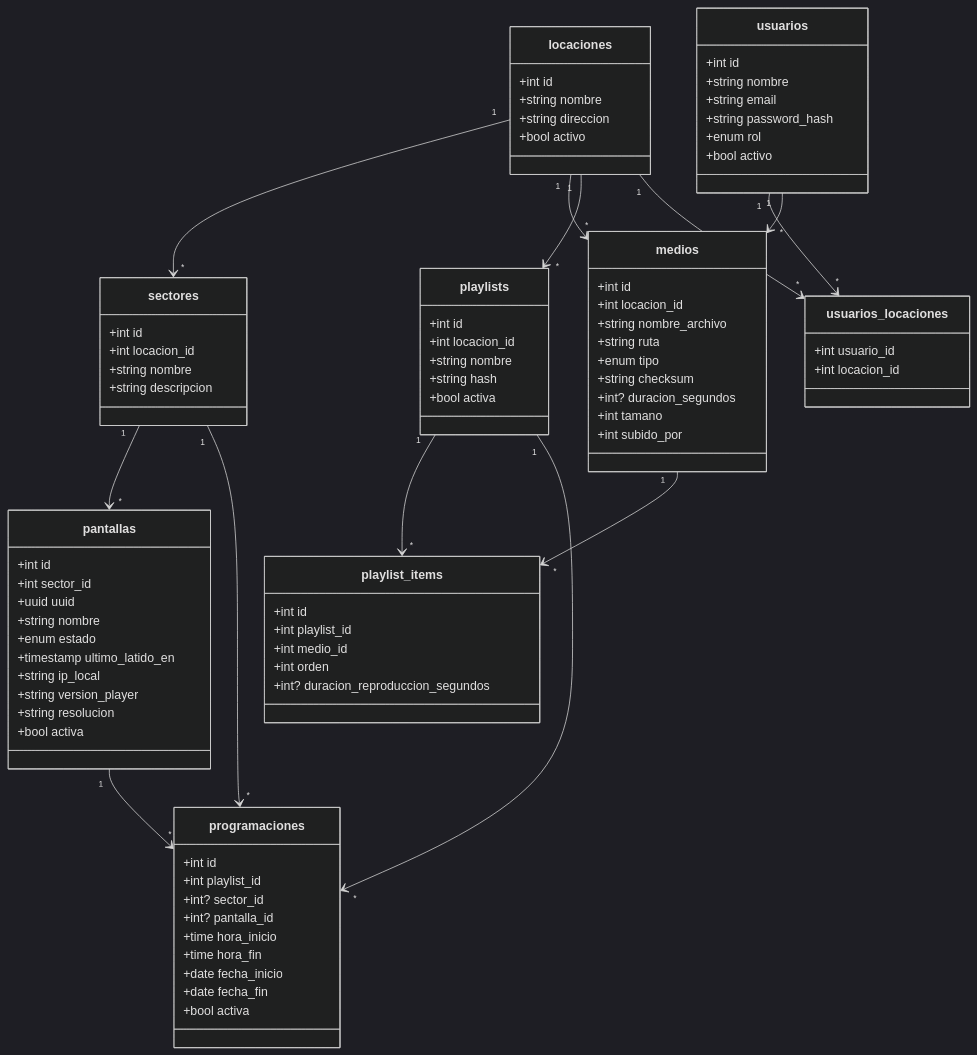
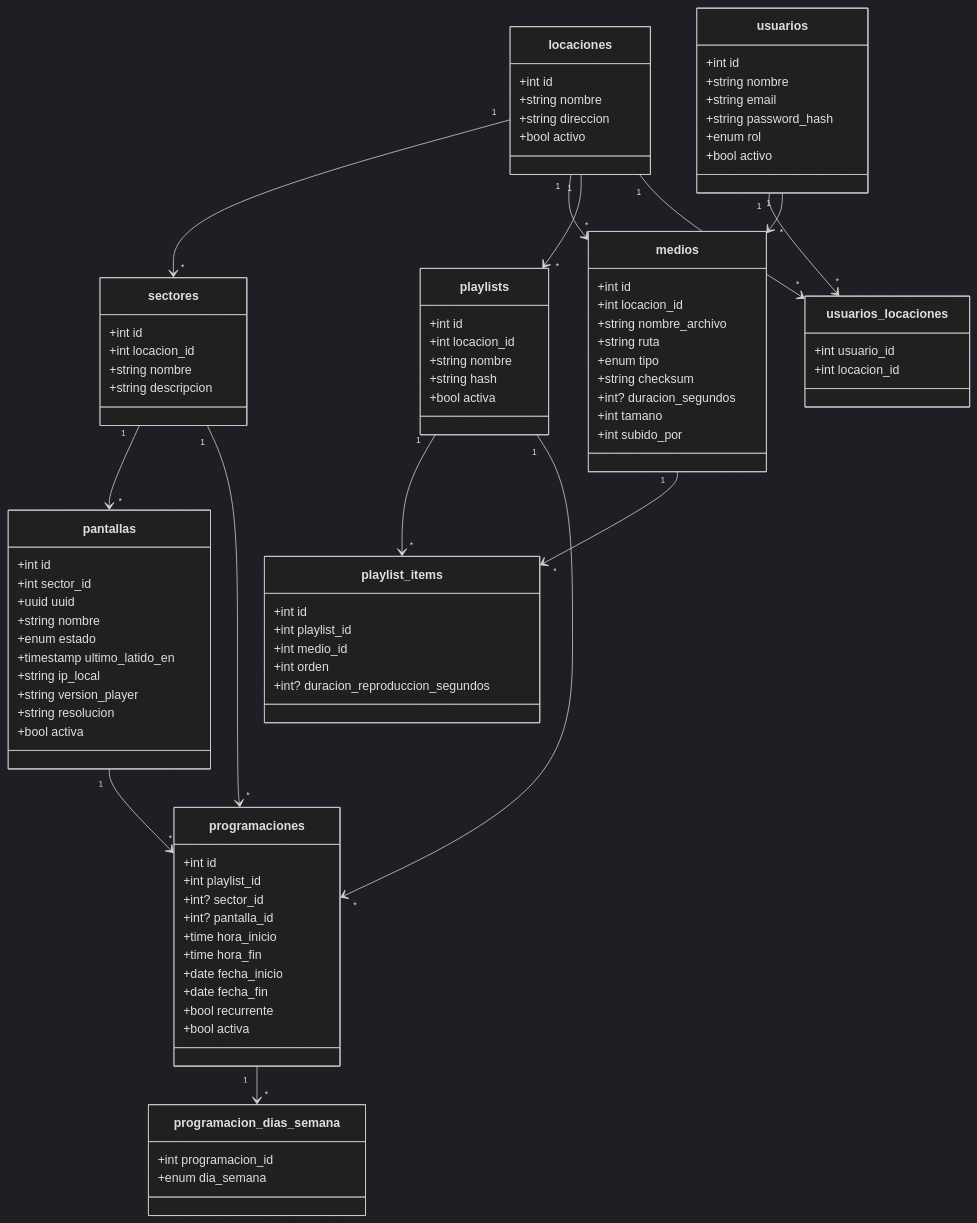
One commit to tomiloki/ACE changed the diagram in Documentación/Producto/Modelo de datos.md. Above: the diagram before and after it, drawn with Mermaid (dark theme). The commit also changed other lines of this file and 1 other file, not shown here.

````diff
--- a/Documentación/Producto/Modelo de datos.md
+++ b/Documentación/Producto/Modelo de datos.md
@@ -75,7 +75,13 @@
     +time hora_fin
     +date fecha_inicio
     +date fecha_fin
+    +bool recurrente
     +bool activa
+  }
+
+  class programacion_dias_semana {
+    +int programacion_id
+    +enum dia_semana
   }
 
   class usuarios {
@@ -102,6 +108,7 @@
   pantallas "1" --> "*" programaciones
   playlists "1" --> "*" playlist_items
   playlists "1" --> "*" programaciones
+  programaciones "1" --> "*" programacion_dias_semana
   medios "1" --> "*" playlist_items
   usuarios "1" --> "*" medios
 ```
````
